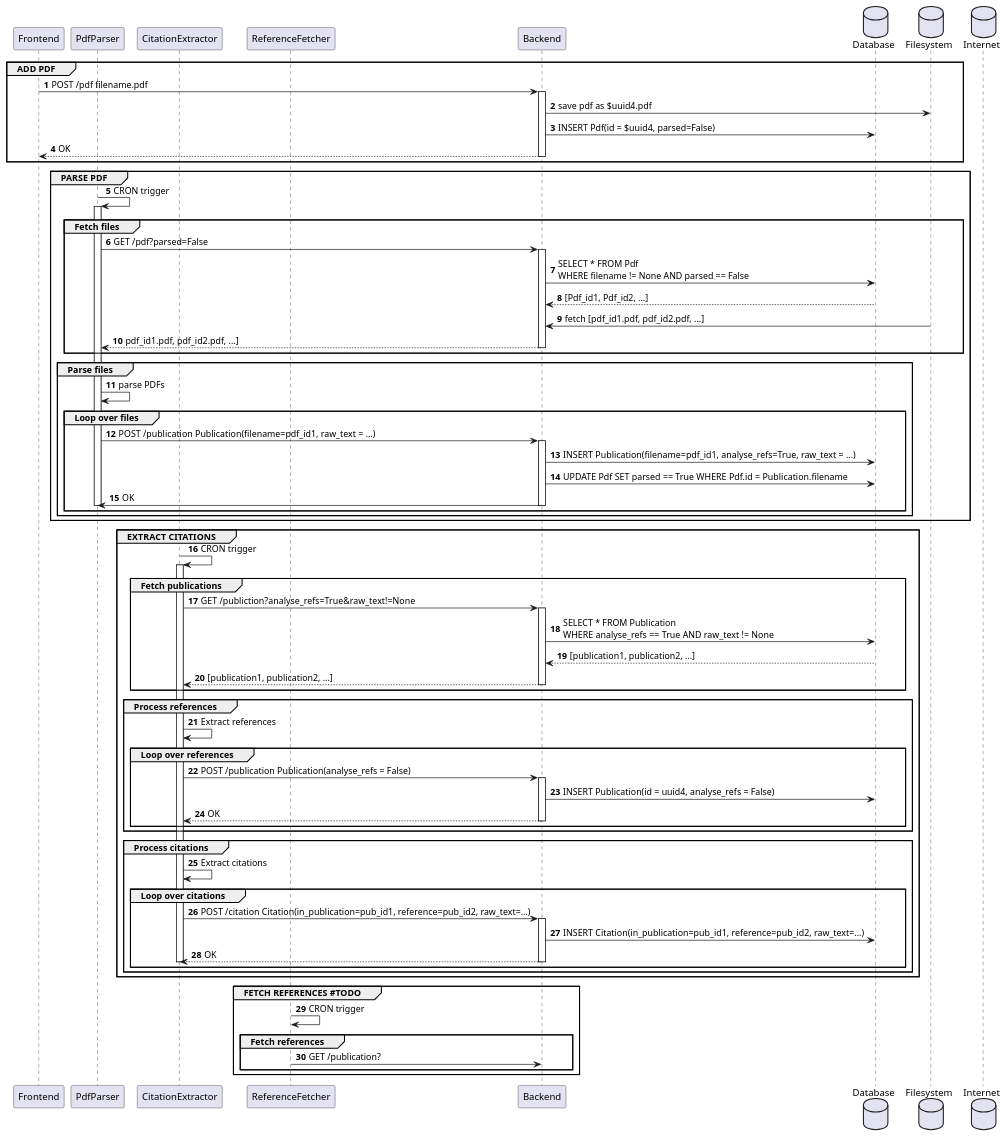
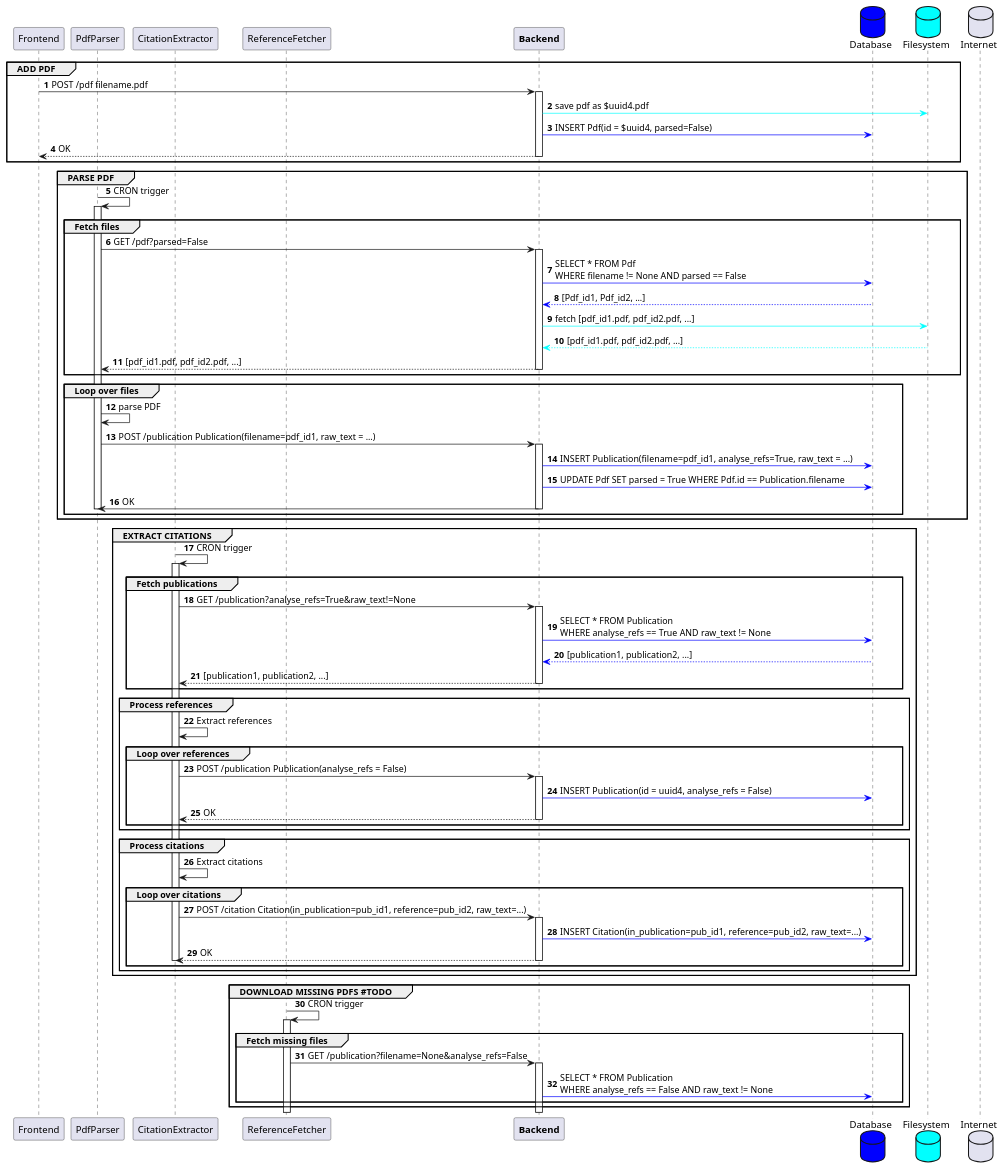
One commit to ouspg/refhandler changed the diagram in docs/process_flow.puml. Above: the diagram before and after it, drawn with PlantUML. The commit also changed 3 other files, not shown here.

Commit message:
more work on diagrams

```diff
--- a/docs/process_flow.puml
+++ b/docs/process_flow.puml
@@ -1,97 +1,99 @@
 @startuml process flow
 autonumber
 
 participant Frontend as f
 participant PdfParser as pdfp
 participant CitationExtractor as ce
 participant ReferenceFetcher as rf
 
-participant Backend as b
-database    Database   as db
-database    Filesystem as fs
+participant "**Backend**" as b
+database    Database   as db #Blue
+database    Filesystem as fs #Cyan
 database    Internet as internet
 
 
 group ADD PDF
 
 f -> b: POST /pdf filename.pdf
 activate b
-b -> fs: save pdf as $uuid4.pdf
-b -> db: INSERT Pdf(id = $uuid4, parsed=False)
+b -[#Cyan]> fs: save pdf as $uuid4.pdf
+b -[#Blue]> db: INSERT Pdf(id = $uuid4, parsed=False)
 b --> f: OK
 deactivate b
 end
 
 group PARSE PDF
 pdfp -> pdfp: CRON trigger
 activate pdfp
 group Fetch files
 pdfp -> b: GET /pdf?parsed=False
 activate b
-b -> db: SELECT * FROM Pdf \nWHERE filename != None AND parsed == False
-db --> b: [Pdf_id1, Pdf_id2, ...]
-fs -> b: fetch [pdf_id1.pdf, pdf_id2.pdf, ...]
-b --> pdfp: pdf_id1.pdf, pdf_id2.pdf, ...]
+b -[#Blue]> db: SELECT * FROM Pdf \nWHERE filename != None AND parsed == False
+db --[#Blue]> b: [Pdf_id1, Pdf_id2, ...]
+b -[#Cyan]> fs: fetch [pdf_id1.pdf, pdf_id2.pdf, ...]
+fs --[#Cyan]> b: [pdf_id1.pdf, pdf_id2.pdf, ...]
+b --> pdfp: [pdf_id1.pdf, pdf_id2.pdf, ...]
 deactivate b
 end
 
-group Parse files
-pdfp -> pdfp: parse PDFs
 group Loop over files
+pdfp -> pdfp: parse PDF
 pdfp -> b: POST /publication Publication(filename=pdf_id1, raw_text = ...)
 activate b
-b -> db: INSERT Publication(filename=pdf_id1, analyse_refs=True, raw_text = ...)
-b -> db: UPDATE Pdf SET parsed == True WHERE Pdf.id = Publication.filename
+b -[#Blue]> db: INSERT Publication(filename=pdf_id1, analyse_refs=True, raw_text = ...)
+b -[#Blue]> db: UPDATE Pdf SET parsed = True WHERE Pdf.id == Publication.filename
 b -> pdfp: OK
 deactivate b
 deactivate pdfp
 end
 end
-end
+
 
 group EXTRACT CITATIONS
 ce -> ce: CRON trigger
 activate ce
 
 group Fetch publications
-ce -> b: GET /publiction?analyse_refs=True&raw_text!=None
+ce -> b: GET /publication?analyse_refs=True&raw_text!=None
 activate b
-b -> db: SELECT * FROM Publication \nWHERE analyse_refs == True AND raw_text != None
-db --> b: [publication1, publication2, ...]
+b -[#Blue]> db: SELECT * FROM Publication \nWHERE analyse_refs == True AND raw_text != None
+db --[#Blue]> b: [publication1, publication2, ...]
 b --> ce: [publication1, publication2, ...]
 deactivate b
 end
 
 group Process references
 ce -> ce: Extract references
 group Loop over references
 ce -> b: POST /publication Publication(analyse_refs = False)
 activate b
-b -> db: INSERT Publication(id = uuid4, analyse_refs = False)
+b -[#Blue]> db: INSERT Publication(id = uuid4, analyse_refs = False)
 b --> ce: OK
 deactivate b
 end
 end
 
 group Process citations
 ce -> ce: Extract citations
 group Loop over citations
 ce -> b: POST /citation Citation(in_publication=pub_id1, reference=pub_id2, raw_text=...)
 activate b
-b -> db: INSERT Citation(in_publication=pub_id1, reference=pub_id2, raw_text=...)
+b -[#Blue]> db: INSERT Citation(in_publication=pub_id1, reference=pub_id2, raw_text=...)
 b --> ce: OK
 deactivate b
 deactivate ce
 end
 end
 end
 
-group FETCH REFERENCES #TODO
+group DOWNLOAD MISSING PDFS #TODO
 rf -> rf: CRON trigger
-
-group Fetch references
-rf -> b: GET /publication?
+activate rf
+group Fetch missing files
+rf -> b: GET /publication?filename=None&analyse_refs=False
+activate b
+b -[#Blue]> db: SELECT * FROM Publication \nWHERE analyse_refs == False AND raw_text != None
 end
 end
 
 @enduml
```
